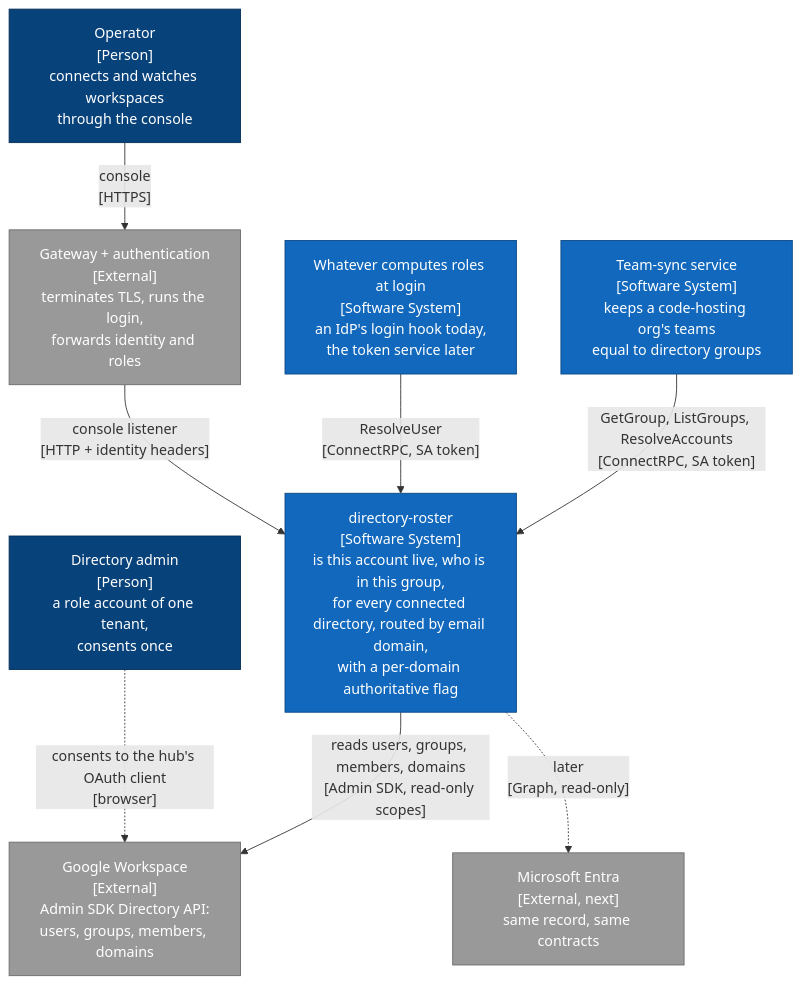
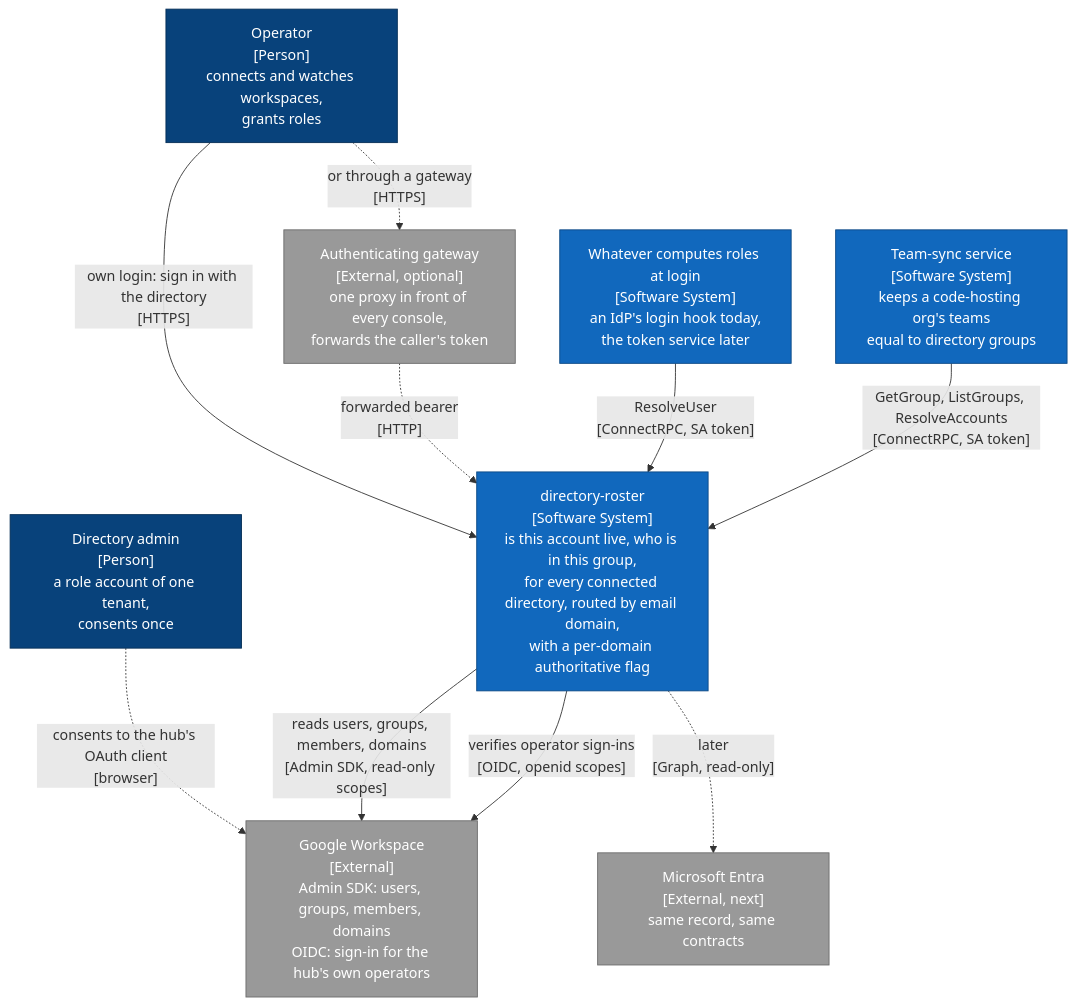
One commit to truvity/access-roster changed the first of 6 diagrams in docs/architecture/hub.md. Above: the diagram before and after it, drawn with Mermaid. The commit also changed other lines of this file and 9 other files, not shown here.

First line of the commit message:
docs: align the hub architecture and contract comments with the access model

````diff
--- a/docs/architecture/hub.md
+++ b/docs/architecture/hub.md
@@ -15,29 +15,31 @@
 ```mermaid
 flowchart TB
-  operator["Operator<br/>[Person]<br/>connects and watches workspaces<br/>through the console"]:::person
+  operator["Operator<br/>[Person]<br/>connects and watches workspaces,<br/>grants roles"]:::person
   admin["Directory admin<br/>[Person]<br/>a role account of one tenant,<br/>consents once"]:::person
 
   hub["directory-roster<br/>[Software System]<br/>is this account live, who is in this group,<br/>for every connected directory, routed by email domain,<br/>with a per-domain authoritative flag"]:::system
 
-  webhook["Whatever computes roles at login<br/>[Software System]<br/>an IdP's login hook today,<br/>the token service later"]:::system
+  rolesrc["Whatever computes roles at login<br/>[Software System]<br/>an IdP's login hook today,<br/>the token service later"]:::system
   teamsync["Team-sync service<br/>[Software System]<br/>keeps a code-hosting org's teams<br/>equal to directory groups"]:::system
 
-  gateway["Gateway + authentication<br/>[External]<br/>terminates TLS, runs the login,<br/>forwards identity and roles"]:::ext
-  google["Google Workspace<br/>[External]<br/>Admin SDK Directory API:<br/>users, groups, members, domains"]:::ext
+  gateway["Authenticating gateway<br/>[External, optional]<br/>one proxy in front of every console,<br/>forwards the caller's token"]:::ext
+  google["Google Workspace<br/>[External]<br/>Admin SDK: users, groups, members, domains<br/>OIDC: sign-in for the hub's own operators"]:::ext
   entra["Microsoft Entra<br/>[External, next]<br/>same record, same contracts"]:::ext
 
-  operator -- "console<br/>[HTTPS]" --> gateway
-  gateway -- "console listener<br/>[HTTP + identity headers]" --> hub
+  operator -- "own login: sign in with the directory<br/>[HTTPS]" --> hub
+  operator -. "or through a gateway<br/>[HTTPS]" .-> gateway
+  gateway -. "forwarded bearer<br/>[HTTP]" .-> hub
   admin -. "consents to the hub's OAuth client<br/>[browser]" .-> google
-  webhook -- "ResolveUser<br/>[ConnectRPC, SA token]" --> hub
+  rolesrc -- "ResolveUser<br/>[ConnectRPC, SA token]" --> hub
   teamsync -- "GetGroup, ListGroups, ResolveAccounts<br/>[ConnectRPC, SA token]" --> hub
   hub -- "reads users, groups, members, domains<br/>[Admin SDK, read-only scopes]" --> google
+  hub -- "verifies operator sign-ins<br/>[OIDC, openid scopes]" --> google
   hub -. "later<br/>[Graph, read-only]" .-> entra
 
   classDef person fill:#08427b,stroke:#052e56,color:#fff
   classDef system fill:#1168bd,stroke:#0b4884,color:#fff
   classDef ext fill:#999999,stroke:#6b6b6b,color:#fff
   classDef container fill:#438dd5,stroke:#2e6295,color:#fff
   classDef component fill:#85bbf0,stroke:#5d82a8,color:#000
   classDef store fill:#438dd5,stroke:#2e6295,color:#fff
 ```
````
